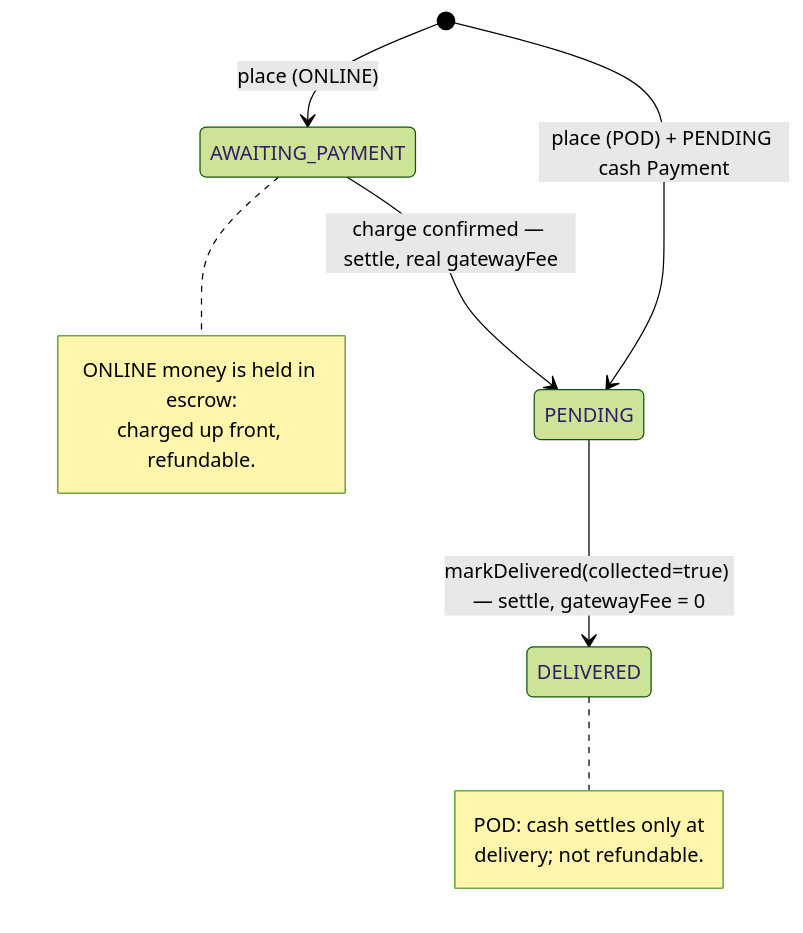
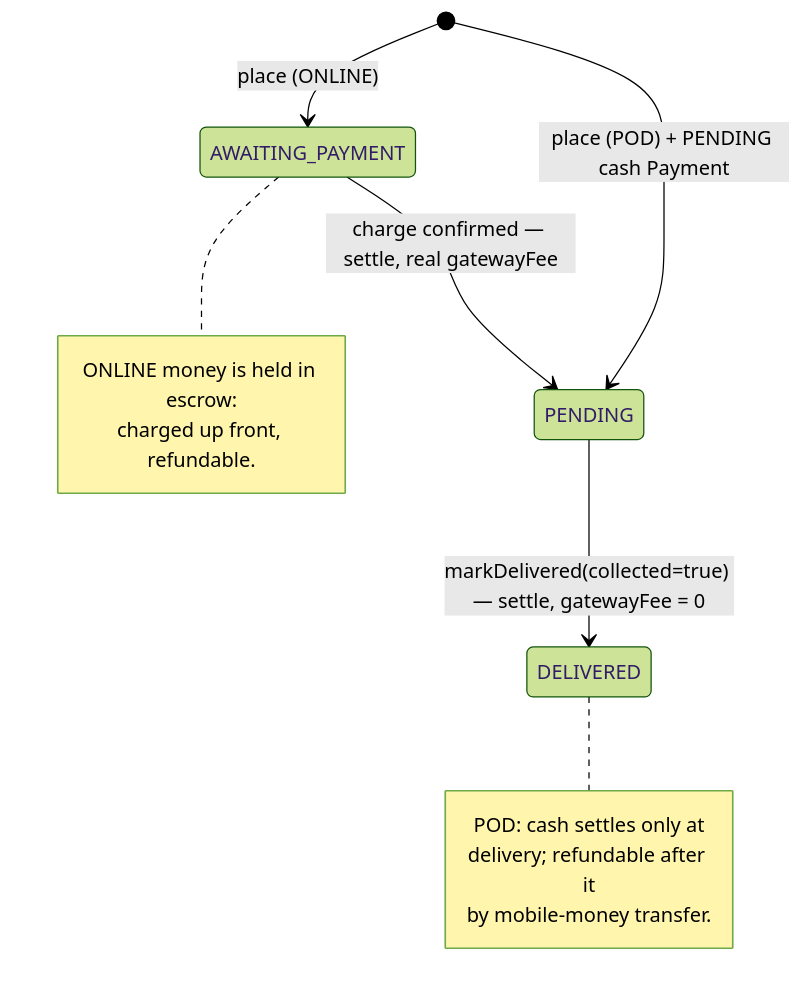
Before and after one commit to cropdoor/cropdoor-almanac: the third of 3 diagrams in docs/payments/money-model.md, drawn with Mermaid (forest theme). The commit also changed 2 other files, not shown here.

Commit message:
tracker + payments docs: a cash order is refunded by transfer, in review (#317)

````diff
--- a/docs/payments/money-model.md
+++ b/docs/payments/money-model.md
@@ -217,15 +217,16 @@
 ```mermaid
 stateDiagram-v2
     [*] --> AWAITING_PAYMENT: place (ONLINE)
     [*] --> PENDING: place (POD) + PENDING cash Payment
     AWAITING_PAYMENT --> PENDING: charge confirmed — settle, real gatewayFee
     PENDING --> DELIVERED: markDelivered(collected=true) — settle, gatewayFee = 0
     note right of AWAITING_PAYMENT
         ONLINE money is held in escrow:
         charged up front, refundable.
     end note
     note right of DELIVERED
         POD: cash settles only at
-        delivery; not refundable.
+        delivery; refundable after it
+        by mobile-money transfer.
     end note
 ```
````
